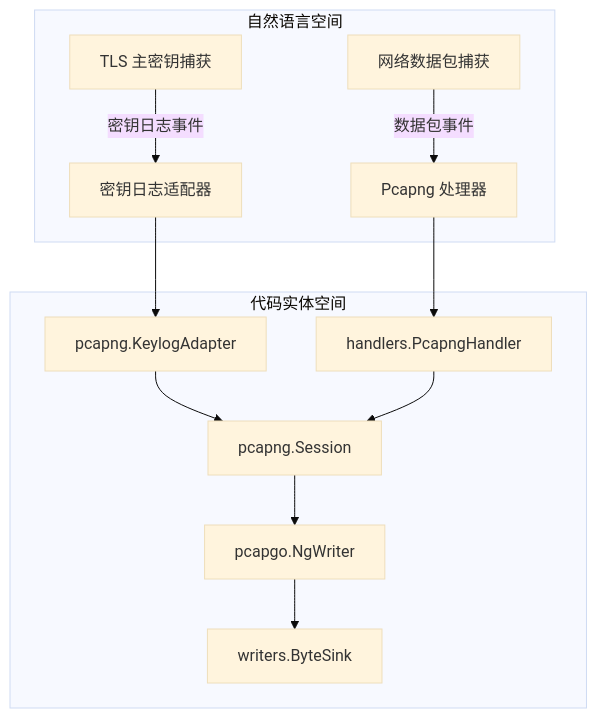
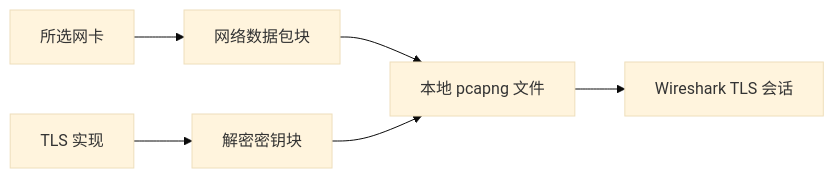
One commit to gojue/ecapture.cc changed the diagram in src/zh/3-capture-modes/3.4-pcapng-mode.md. Above: the diagram before and after it, drawn with Mermaid (base theme). The commit also changed other lines of this file and 94 other files, not shown here.

````diff
--- a/src/zh/3-capture-modes/3.4-pcapng-mode.md
+++ b/src/zh/3-capture-modes/3.4-pcapng-mode.md
@@ -73,15 +17,8 @@
 ```mermaid
-graph TD
-    subgraph "自然语言空间"
-        A["TLS 主密钥捕获"] -->|密钥日志事件| B["密钥日志适配器"]
-        C["网络数据包捕获"] -->|数据包事件| D["Pcapng 处理器"]
-    end
-    subgraph "代码实体空间"
-        B --> E["pcapng.KeylogAdapter"]
-        D --> F["handlers.PcapngHandler"]
-        E --> G["pcapng.Session"]
-        F --> G
-        G --> H["pcapgo.NgWriter"]
-        H --> I["writers.ByteSink"]
-    end
+flowchart LR
+    NIC["所选网卡"] --> Blocks["网络数据包块"]
+    TLS["TLS 实现"] --> DSB["解密密钥块"]
+    Blocks --> File["本地 pcapng 文件"]
+    DSB --> File
+    File --> Trace["Wireshark TLS 会话"]
 ```
````
